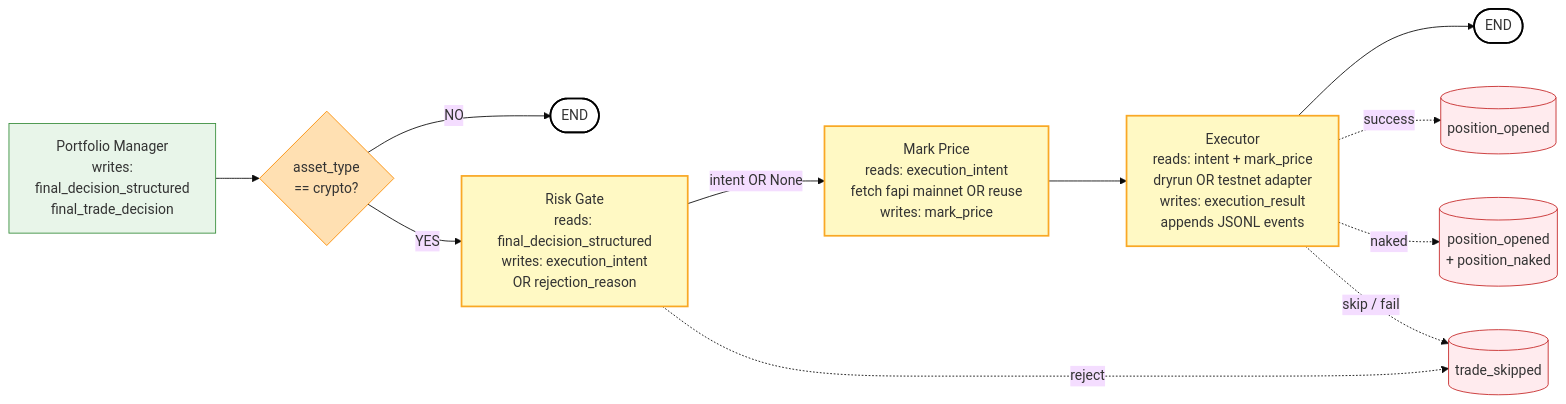
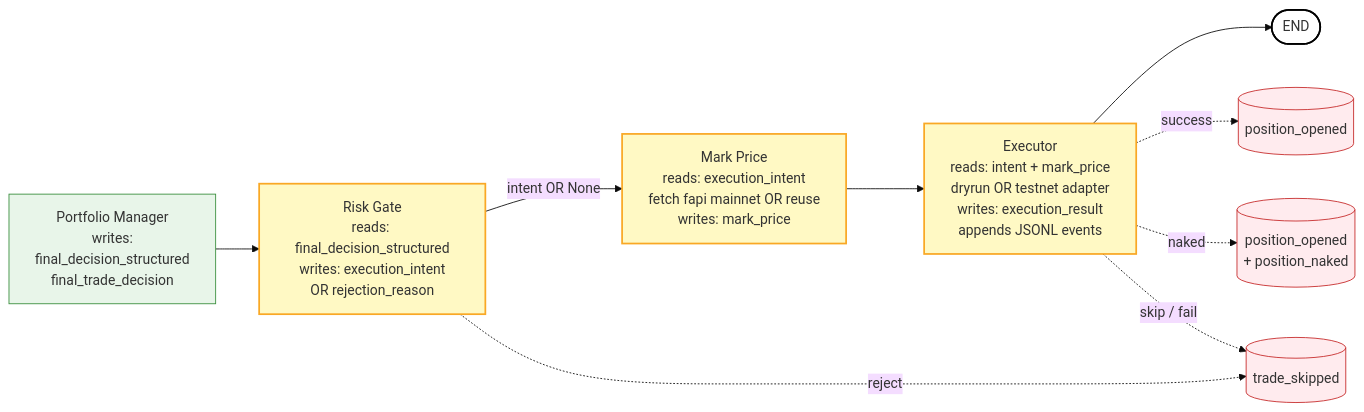
One commit to cgair/Monopoly changed the diagram in docs/walkthrough/diagrams/futures-tail.mmd. Above: the diagram before and after it, drawn with Mermaid (base theme). The commit also changed 8 other files, not shown here.

```diff
--- a/docs/walkthrough/diagrams/futures-tail.mmd
+++ b/docs/walkthrough/diagrams/futures-tail.mmd
@@ -1,24 +1,20 @@
 graph LR
-    PM[Portfolio Manager<br/>writes:<br/>final_decision_structured<br/>final_trade_decision] --> COND{asset_type<br/>== crypto?}
-    COND -- NO --> END1([END])
-    COND -- YES --> RG[Risk Gate<br/>reads: final_decision_structured<br/>writes: execution_intent<br/>OR rejection_reason]
+    PM[Portfolio Manager<br/>writes:<br/>final_decision_structured<br/>final_trade_decision] --> RG[Risk Gate<br/>reads: final_decision_structured<br/>writes: execution_intent<br/>OR rejection_reason]
     RG -- intent OR None --> MP[Mark Price<br/>reads: execution_intent<br/>fetch fapi mainnet OR reuse<br/>writes: mark_price]
     MP --> EX[Executor<br/>reads: intent + mark_price<br/>dryrun OR testnet adapter<br/>writes: execution_result<br/>appends JSONL events]
     EX --> END2([END])
 
     EX -.success.-> J1[(position_opened)]
     EX -.naked.-> J2[(position_opened<br/>+ position_naked)]
     EX -.skip / fail.-> J3[(trade_skipped)]
     RG -.reject.-> J3
 
     classDef manager fill:#e8f5e9,stroke:#388e3c
     classDef futures fill:#fff9c4,stroke:#f9a825,stroke-width:2px
-    classDef cond fill:#ffe0b2,stroke:#fb8c00
     classDef endpoint fill:#fff,stroke:#000,stroke-width:2px
     classDef jsonl fill:#ffebee,stroke:#c62828
 
     class PM manager
     class RG,MP,EX futures
-    class COND cond
-    class END1,END2 endpoint
+    class END2 endpoint
     class J1,J2,J3 jsonl
```
